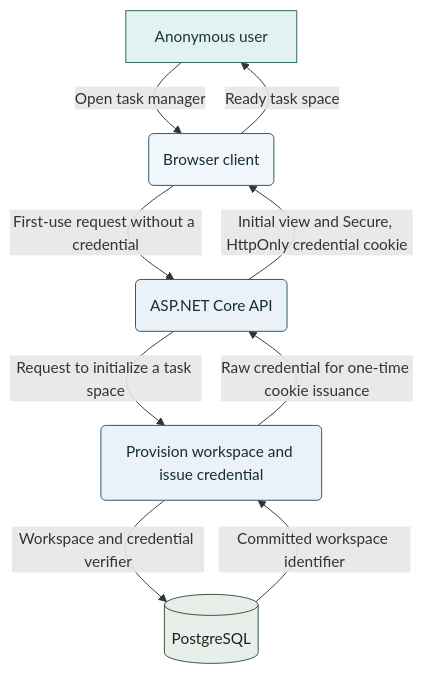
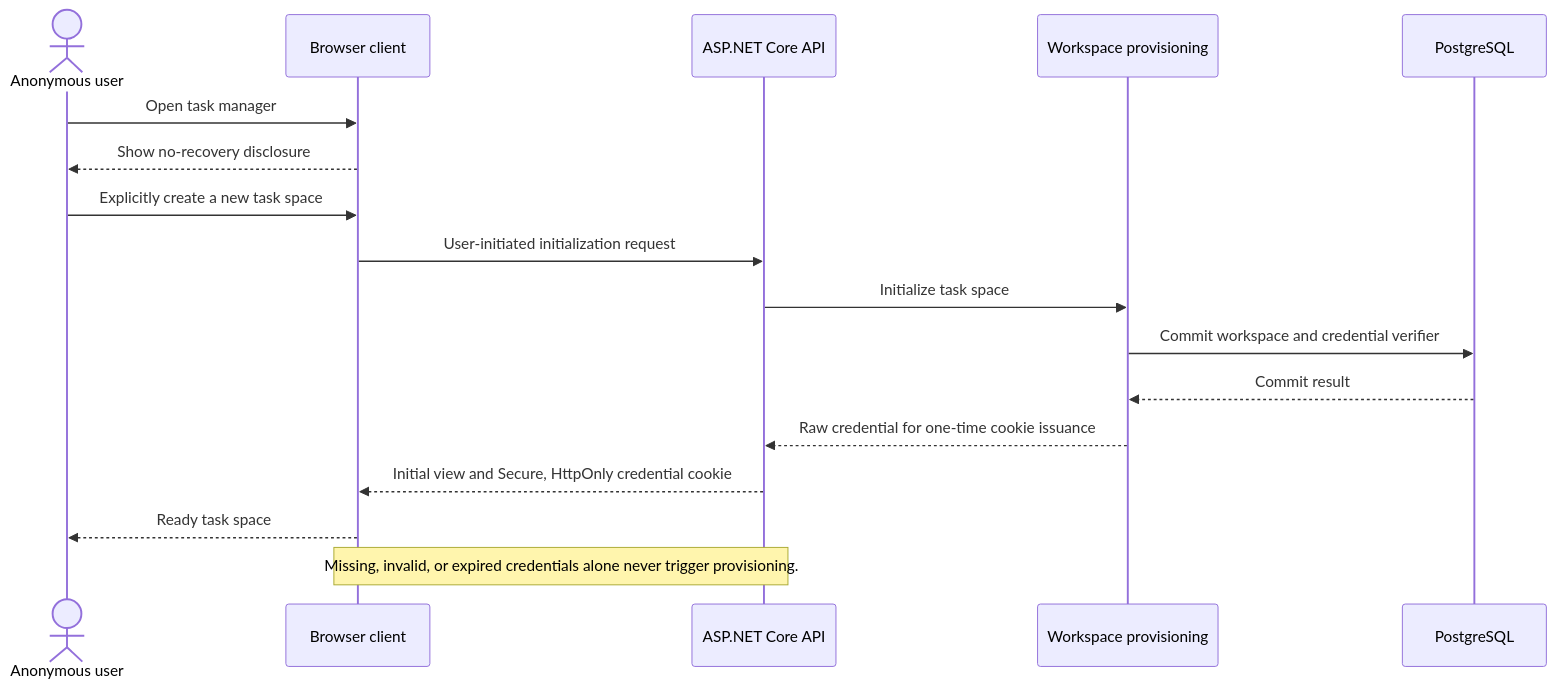
The second of 3 diagrams in task-manager-architecture.md (j0hnnymiller/20261109-aiasd-green), drawn with Mermaid before and after one commit. The commit also changed other lines of this file and 5 other files, not shown here.

First line of the commit message:
feat: Update task-manager implementation roadmap and specifications

````diff
--- a/task-manager-architecture.md
+++ b/task-manager-architecture.md
@@ -126,27 +131,20 @@
 ```mermaid
-flowchart TB
-  User[Anonymous user]:::external
-  UI("Browser client"):::client
-  API("ASP.NET Core API"):::process
-  Provision("Provision workspace and issue credential"):::process
-  DB[(PostgreSQL)]:::store
+sequenceDiagram
+  actor User as Anonymous user
+  participant UI as Browser client
+  participant API as ASP.NET Core API
+  participant Provision as Workspace provisioning
+  participant DB as PostgreSQL
 
-  User -->|Open task manager| UI
-  UI -->|First-use request without a credential| API
-  API -->|Request to initialize a task space| Provision
-  Provision -->|Workspace and credential verifier| DB
-  DB -->|Committed workspace identifier| Provision
-  Provision -->|Raw credential for one-time cookie issuance| API
-  API -->|Initial view and Secure, HttpOnly credential cookie| UI
-  UI -->|Ready task space| User
-
-  classDef external fill:#E3F2F1,stroke:#28635E,color:#163A37
-  classDef client fill:#F2F7FC,stroke:#28536B,color:#152D3A
-  classDef process fill:#EAF2F8,stroke:#28536B,color:#152D3A
-  classDef store fill:#E8EFEA,stroke:#34513A,color:#17261B
-
-  class User external
-  class UI client
-  class API,Provision process
-  class DB store
+  User->>UI: Open task manager
+  UI-->>User: Show no-recovery disclosure
+  User->>UI: Explicitly create a new task space
+  UI->>API: User-initiated initialization request
+  API->>Provision: Initialize task space
+  Provision->>DB: Commit workspace and credential verifier
+  DB-->>Provision: Commit result
+  Provision-->>API: Raw credential for one-time cookie issuance
+  API-->>UI: Initial view and Secure, HttpOnly credential cookie
+  UI-->>User: Ready task space
+  Note over UI,API: Missing, invalid, or expired credentials alone never trigger provisioning.
 ```
````
